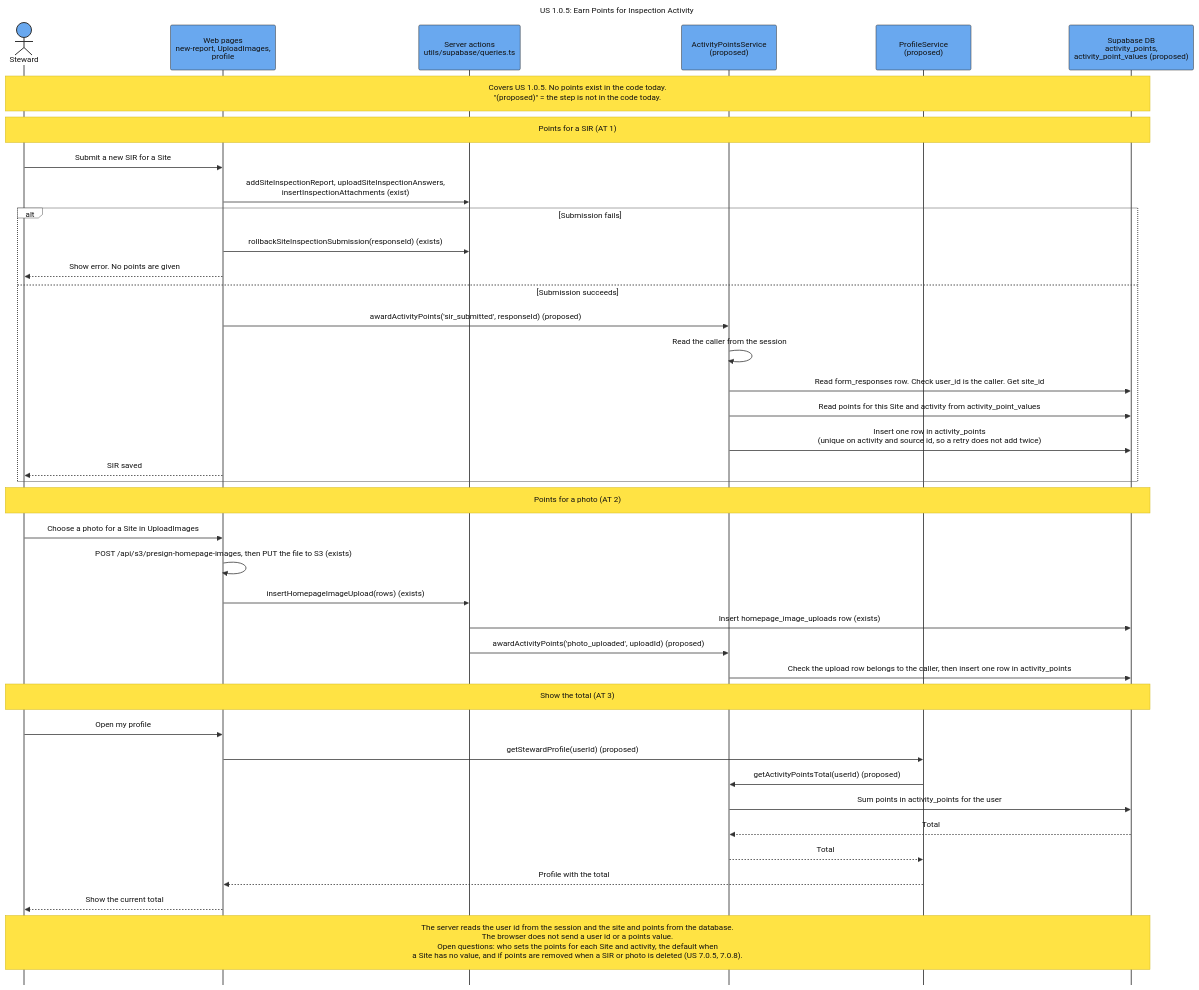
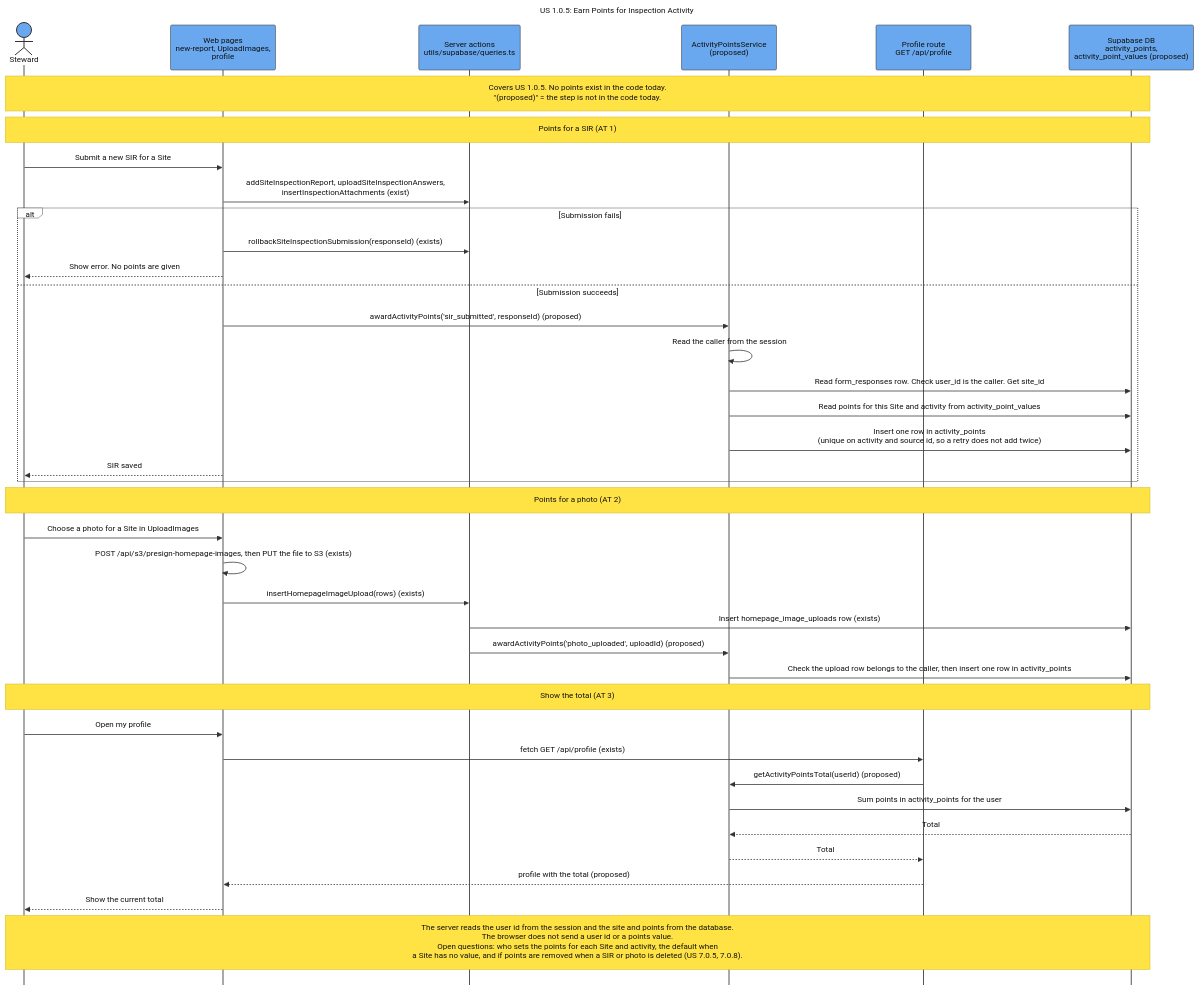
One commit to SAPAA-Dev/W26Project-SAPAA-Dev-Team changed the diagram in docs/assets/Sequence_US_1_0_5_Activity_Points.mmd. Above: the diagram before and after it, drawn with Mermaid. The commit also changed 63 other files, not shown here.

First line of the commit message:
(feat): add diagram generator that updates diagrams on every PR (#157)

```diff
--- a/docs/assets/Sequence_US_1_0_5_Activity_Points.mmd
+++ b/docs/assets/Sequence_US_1_0_5_Activity_Points.mmd
@@ -1,86 +1,86 @@
 ---
 title: "US 1.0.5: Earn Points for Inspection Activity"
 config:
   theme: base
   sequence:
     actorMargin: 75
     boxMargin: 12
     diagramMarginX: 45
     diagramMarginY: 30
     messageMargin: 40
     noteMargin: 16
     mirrorActors: false
     width: 190
     height: 90
   themeVariables:
     background: "#ffffff"
     primaryColor: "#69a8ef"
     primaryBorderColor: "#333333"
     primaryTextColor: "#111111"
     actorBkg: "#69a8ef"
     actorBorder: "#333333"
     actorTextColor: "#111111"
     actorLineColor: "#555555"
     signalColor: "#333333"
     signalTextColor: "#111111"
     activationBkgColor: "#cdd3db"
     activationBorderColor: "#cdd3db"
     noteBkgColor: "#ffe344"
     noteBorderColor: "#d4ba24"
     noteTextColor: "#111111"
     labelBoxBkgColor: "#ffffff"
     labelBoxBorderColor: "#555555"
     labelTextColor: "#111111"
     loopTextColor: "#111111"
     altBackground: "#ffffff"
   themeCSS: |
     .actor-line {
       stroke-dasharray: 10 10 !important;
       stroke-width: 1.25px !important;
     }
 ---
 sequenceDiagram
     autonumber off
     actor Steward
     participant Page as Web pages<br/>new-report, UploadImages,<br/>profile
     participant Server as Server actions<br/>utils/supabase/queries.ts
     participant Points as ActivityPointsService<br/>(proposed)
-    participant Profile as ProfileService<br/>(proposed)
+    participant Profile as Profile route<br/>GET /api/profile
     participant DB as Supabase DB<br/>activity_points,<br/>activity_point_values (proposed)
 
     Note over Steward,DB: Covers US 1.0.5. No points exist in the code today.<br/>"(proposed)" = the step is not in the code today.
 
     Note over Steward,DB: Points for a SIR (AT 1)
     Steward->>Page: Submit a new SIR for a Site
     Page->>Server: addSiteInspectionReport, uploadSiteInspectionAnswers,<br/>insertInspectionAttachments (exist)
     alt Submission fails
         Page->>Server: rollbackSiteInspectionSubmission(responseId) (exists)
         Page-->>Steward: Show error. No points are given
     else Submission succeeds
         Page->>Points: awardActivityPoints('sir_submitted', responseId) (proposed)
         Points->>Points: Read the caller from the session
         Points->>DB: Read form_responses row. Check user_id is the caller. Get site_id
         Points->>DB: Read points for this Site and activity from activity_point_values
         Points->>DB: Insert one row in activity_points<br/>(unique on activity and source id, so a retry does not add twice)
         Page-->>Steward: SIR saved
     end
 
     Note over Steward,DB: Points for a photo (AT 2)
     Steward->>Page: Choose a photo for a Site in UploadImages
     Page->>Page: POST /api/s3/presign-homepage-images, then PUT the file to S3 (exists)
     Page->>Server: insertHomepageImageUpload(rows) (exists)
     Server->>DB: Insert homepage_image_uploads row (exists)
     Server->>Points: awardActivityPoints('photo_uploaded', uploadId) (proposed)
     Points->>DB: Check the upload row belongs to the caller, then insert one row in activity_points
 
     Note over Steward,DB: Show the total (AT 3)
     Steward->>Page: Open my profile
-    Page->>Profile: getStewardProfile(userId) (proposed)
+    Page->>Profile: fetch GET /api/profile (exists)
     Profile->>Points: getActivityPointsTotal(userId) (proposed)
     Points->>DB: Sum points in activity_points for the user
     DB-->>Points: Total
     Points-->>Profile: Total
-    Profile-->>Page: Profile with the total
+    Profile-->>Page: profile with the total (proposed)
     Page-->>Steward: Show the current total
 
     Note over Steward,DB: The server reads the user id from the session and the site and points from the database.<br/>The browser does not send a user id or a points value.<br/>Open questions: who sets the points for each Site and activity, the default when<br/>a Site has no value, and if points are removed when a SIR or photo is deleted (US 7.0.5, 7.0.8).
```
